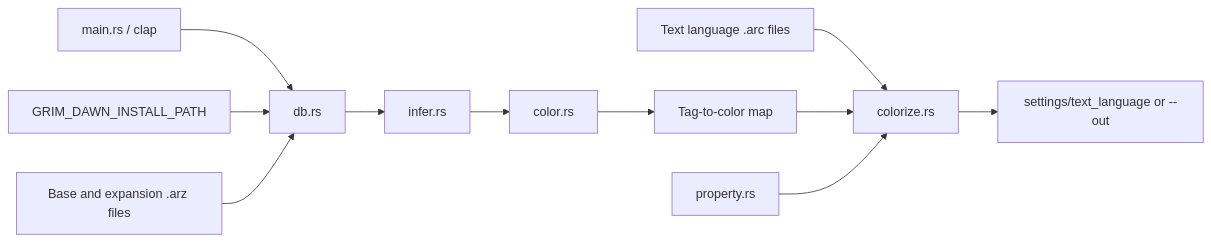
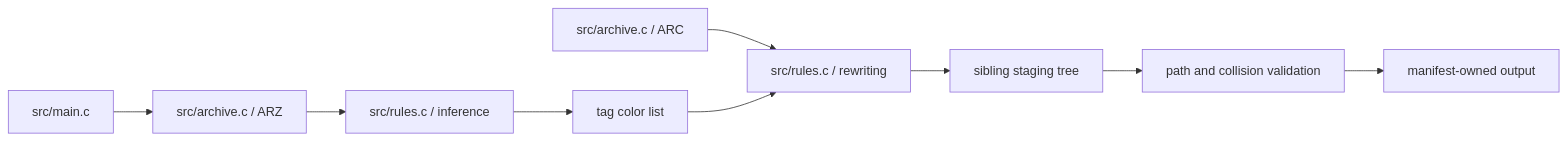
Before and after one commit to malvarenga123/gdse-c: the diagram in docs/ARCHITECTURE.md, drawn with Mermaid. The commit also changed other lines of this file and 28 other files, not shown here.

````diff
--- a/docs/ARCHITECTURE.md
+++ b/docs/ARCHITECTURE.md
@@ -9,13 +7,11 @@
 ```mermaid
 flowchart LR
-    CLI[main.rs / clap] --> DB[db.rs]
-    ENV[GRIM_DAWN_INSTALL_PATH] --> DB
-    ARZ[Base and expansion .arz files] --> DB
-    DB --> INF[infer.rs]
-    INF --> RAR[color.rs]
-    RAR --> MAP[Tag-to-color map]
-    ARC[Text language .arc files] --> COL[colorize.rs]
-    MAP --> COL
-    PROP[property.rs] --> COL
-    COL --> OUT[settings/text_language or --out]
+  CLI[src/main.c] --> ARZ[src/archive.c / ARZ]
+  ARZ --> INF[src/rules.c / inference]
+  INF --> COLORS[tag color list]
+  ARC[src/archive.c / ARC] --> REWRITE[src/rules.c / rewriting]
+  COLORS --> REWRITE
+  REWRITE --> STAGE[sibling staging tree]
+  STAGE --> VALIDATE[path and collision validation]
+  VALIDATE --> OUT[manifest-owned output]
 ```
````
